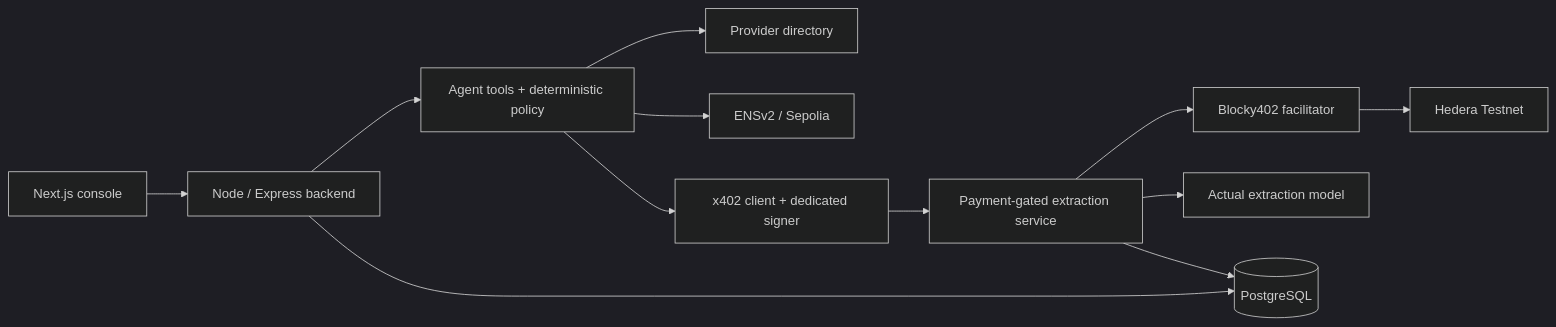
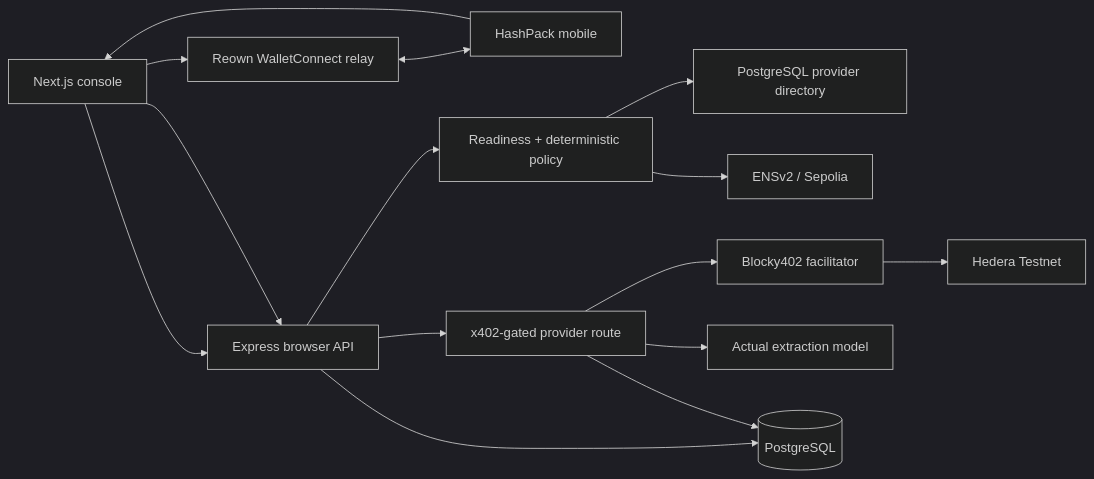
One commit to hackerjose25/AgentPay changed the second of 4 diagrams in README.md. Above: the diagram before and after it, drawn with Mermaid (dark theme). The commit also changed other lines of this file and 5 other files, not shown here.

````diff
--- a/README.md
+++ b/README.md
@@ -128,14 +132,17 @@
 ```mermaid
 flowchart LR
-    UI[Next.js console] --> API[Node / Express backend]
-    API --> AGENT[Agent tools + deterministic policy]
-    AGENT --> DIR[Provider directory]
-    AGENT --> ENS[ENSv2 / Sepolia]
-    AGENT --> PAY[x402 client + dedicated signer]
-    PAY --> SERVICE[Payment-gated extraction service]
+    UI[Next.js console] --> API[Express browser API]
+    UI --> REOWN[Reown WalletConnect relay]
+    REOWN <--> WALLET[HashPack mobile]
+    API --> ROUTER[Readiness + deterministic policy]
+    ROUTER --> DIR[PostgreSQL provider directory]
+    ROUTER --> ENS[ENSv2 / Sepolia]
+    WALLET --> UI
+    UI --> API
+    API --> SERVICE[x402-gated provider route]
     SERVICE --> FAC[Blocky402 facilitator]
     FAC --> HEDERA[Hedera Testnet]
     SERVICE --> MODEL[Actual extraction model]
     API --> DB[(PostgreSQL)]
     SERVICE --> DB
 ```
````
